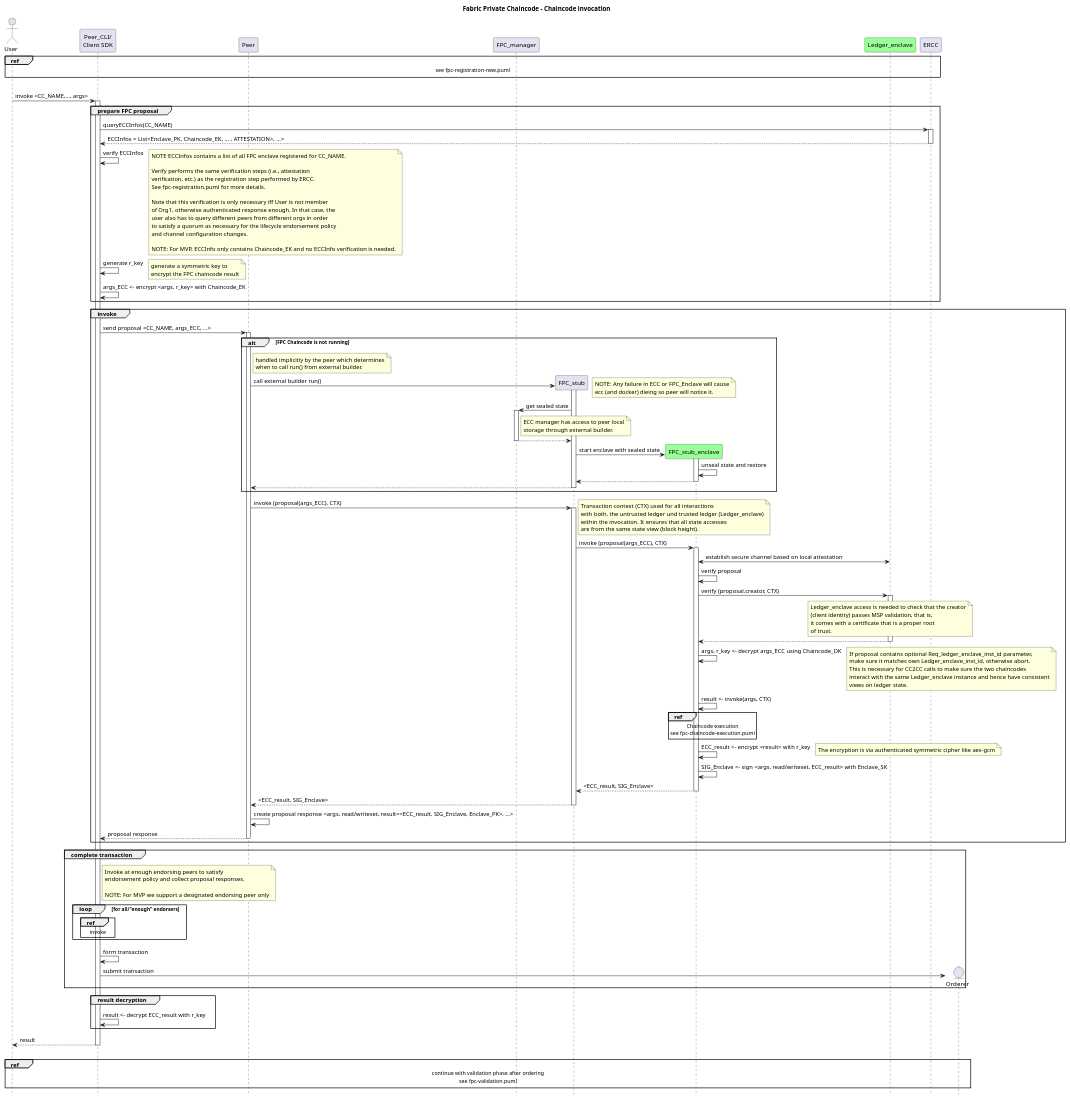
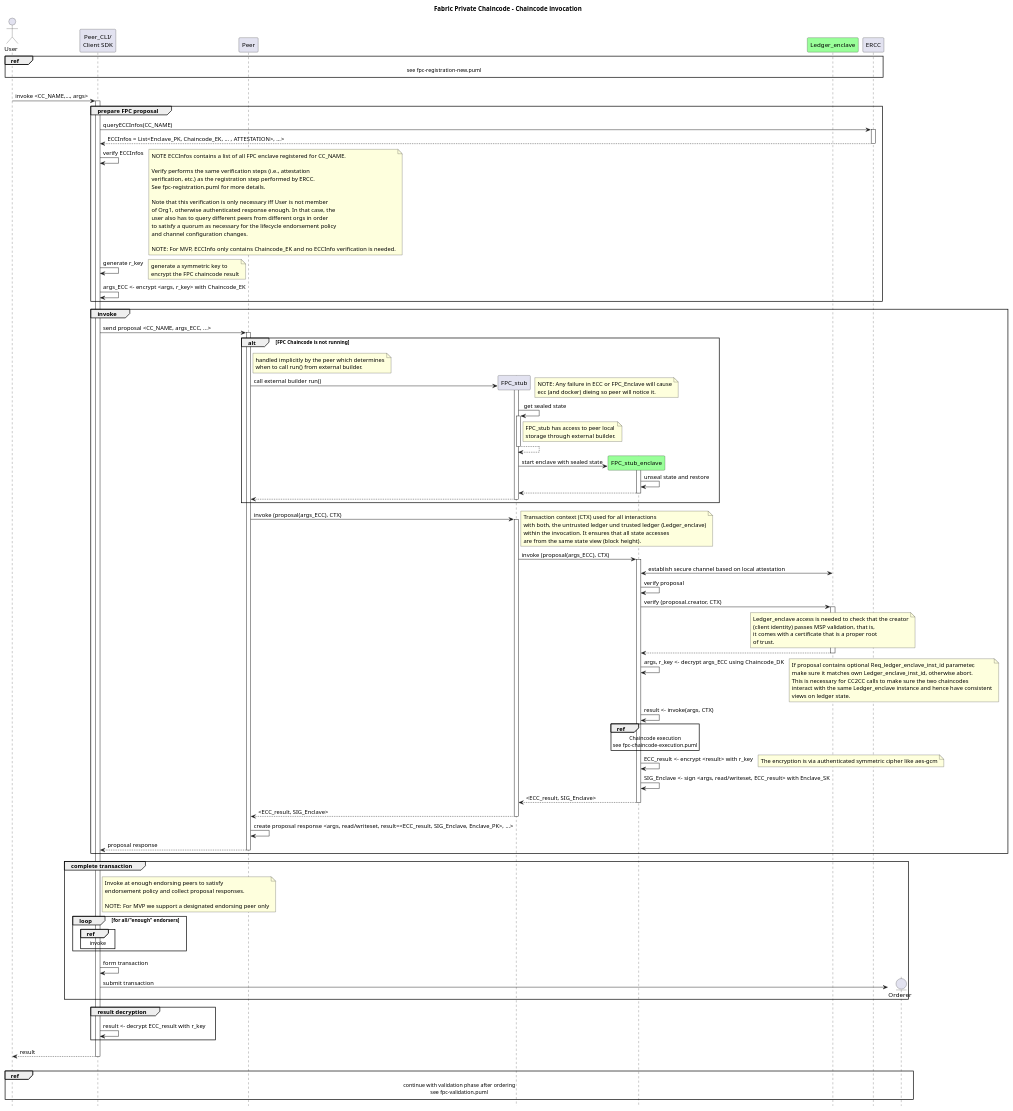
Before and after one commit to hyperledger/fabric-private-chaincode: the diagram in docs/design/fabric-v2+/fpc-cc-invocation.puml, drawn with PlantUML.

Commit message:
fixup! Update invocation and execution diagrams

```diff
--- a/docs/design/fabric-v2+/fpc-cc-invocation.puml
+++ b/docs/design/fabric-v2+/fpc-cc-invocation.puml
@@ -8,182 +8,181 @@
 @startuml
 
 '- force wrapping of longer text
 'skinparam wrapWidth 400
 
 !pragma teoz true
 
 hide footbox
 title Foot Box removed
 
 title Fabric Private Chaincode - Chaincode invocation
 
 actor "User" as User1 order 9
 
 participant "Peer_CLI/\nClient SDK" as CLI order 10
 
 participant "Ledger_enclave" as TLCC1 order 45 #99FF99
 
 participant "Peer" as Peer order 25
-participant "FPC_manager" as Manager1 order 26
 participant "ERCC" as ERCC1 order 50
 
 ref over User1, ERCC1
   see fpc-registration-new.puml
   |||
 end ref
 |||
 
 User1 -> CLI ++: invoke <CC_NAME,..., args>
 
 group prepare FPC proposal
 
 CLI -> ERCC1 ++: queryECCInfos(CC_NAME)
 return ECCInfos = List<Enclave_PK, Chaincode_EK, ... , ATTESTATION>, ...>
 
 CLI -> CLI: verify ECCInfos
 note right
   NOTE ECCInfos contains a list of all FPC enclave registered for CC_NAME.
 
   Verify performs the same verification steps (i.e., attestation
   verification, etc.) as the registration step performed by ERCC.
   See fpc-registration.puml for more details.
 
   Note that this verification is only necessary iff User is not member
   of Org1, otherwise authenticated response enough. In that case, the
   user also has to query different peers from different orgs in order
   to satisfy a quorum as necessary for the lifecycle endorsement policy
   and channel configuration changes.
 
   NOTE: For MVP, ECCInfo only contains Chaincode_EK and no ECCInfo verification is needed.
 end note
 
 CLI -> CLI : generate r_key
 note right
     generate a symmetric key to
     encrypt the FPC chaincode result
 end note
 
 CLI -> CLI : args_ECC <- encrypt <args, r_key> with Chaincode_EK
 
 end
 
 group invoke
   CLI -> Peer ++: send proposal <CC_NAME, args_ECC, ...>
 
   alt FPC Chaincode is not running
       note right Peer
           handled implicitly by the peer which determines
           when to call run() from external builder.
       end note
 
       create participant "FPC_stub" as ECC1 order 26
       Peer -> ECC1 ++: call external builder run()
       note right
           NOTE: Any failure in ECC or FPC_Enclave will cause
           ecc (and docker) dieing so peer will notice it.
       end note
 
 
-      ECC1 -> Manager1 ++: get sealed state
-      note right Manager1
-        ECC manager has access to peer local
+      ECC1 -> ECC1 ++: get sealed state
+      note right ECC1
+        FPC_stub has access to peer local
         storage through external builder.
       end note
       return
 
       create participant "FPC_stub_enclave" as Enclave1 order 30 #99FF99
       ECC1 -> Enclave1 ++ : start enclave with sealed state
       Enclave1 -> Enclave1 : unseal state and restore
       return
       return
   end
 
       Peer -> ECC1 ++: invoke (proposal(args_ECC), CTX)
       note right
         Transaction context (CTX) used for all interactions
         with both, the untrusted ledger und trusted ledger (Ledger_enclave)
         within the invocation. It ensures that all state accesses
         are from the same state view (block height).
       end note
       ECC1 -> Enclave1 ++: invoke (proposal(args_ECC), CTX)
 
       Enclave1 <-> TLCC1: establish secure channel based on local attestation
 
       Enclave1 -> Enclave1 : verify proposal
 
       Enclave1 -> TLCC1 ++: verify (proposal.creator, CTX)
       note over TLCC1
       Ledger_enclave access is needed to check that the creator
       (client identity) passes MSP validation, that is,
       it comes with a certificate that is a proper root
       of trust.
       end note
       return
 
 
       Enclave1 -> Enclave1 : args, r_key <- decrypt args_ECC using Chaincode_DK
 
       note right
         If proposal contains optional Req_ledger_enclave_inst_id parameter,
         make sure it matches own Ledger_enclave_inst_id, otherwise abort.
         This is necessary for CC2CC calls to make sure the two chaincodes
         interact with the same Ledger_enclave instance and hence have consistent
         views on ledger state.
       end note
 
       Enclave1 -> Enclave1: result <- invoke(args, CTX)
       ref over Enclave1
         Chaincode execution
         see fpc-chaincode-execution.puml
       end ref
 
 
       Enclave1 -> Enclave1 : ECC_result <- encrypt <result> with r_key
       note right
         The encryption is via authenticated symmetric cipher like aes-gcm
       end note
       Enclave1 -> Enclave1 : SIG_Enclave <- sign <args, read/writeset, ECC_result> with Enclave_SK
       return <ECC_result, SIG_Enclave>
 
     return <ECC_result, SIG_Enclave>
 
     Peer -> Peer : create proposal response <args, read/writeset, result=<ECC_result, SIG_Enclave, Enclave_PK>, ...>
 
     return proposal response
 end
 
 group complete transaction
     note right CLI
         Invoke at enough endorsing peers to satisfy
         endorsement policy and collect proposal responses.
 
         NOTE: For MVP we support a designated endorsing peer only
     end note
     loop for all/"enough" endorsers
 
         ref over CLI
             invoke
         end
     end
     CLI -> CLI : form transaction
 
     create entity Orderer order 100
     CLI -> Orderer : submit transaction
 end
 
 group result decryption
     CLI -> CLI : result <- decrypt ECC_result with r_key
 end
 
 
 return result
 
 |||
 
 ref over User1, Orderer
     continue with validation phase after ordering
     see fpc-validation.puml
     |||
 end ref
 
 @enduml
```
